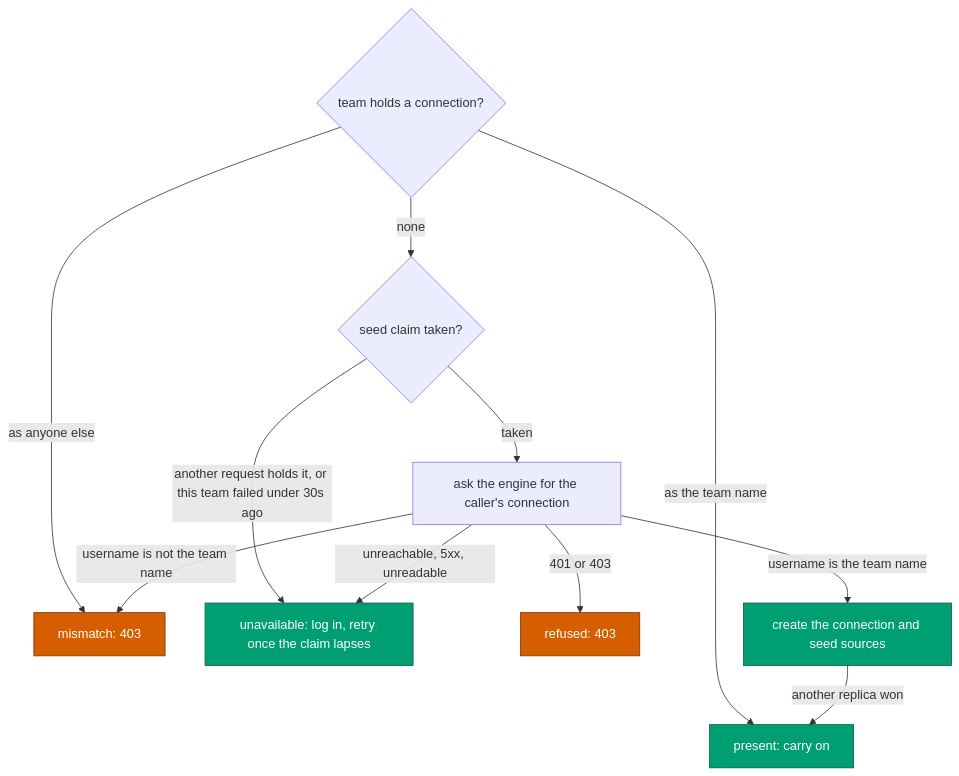
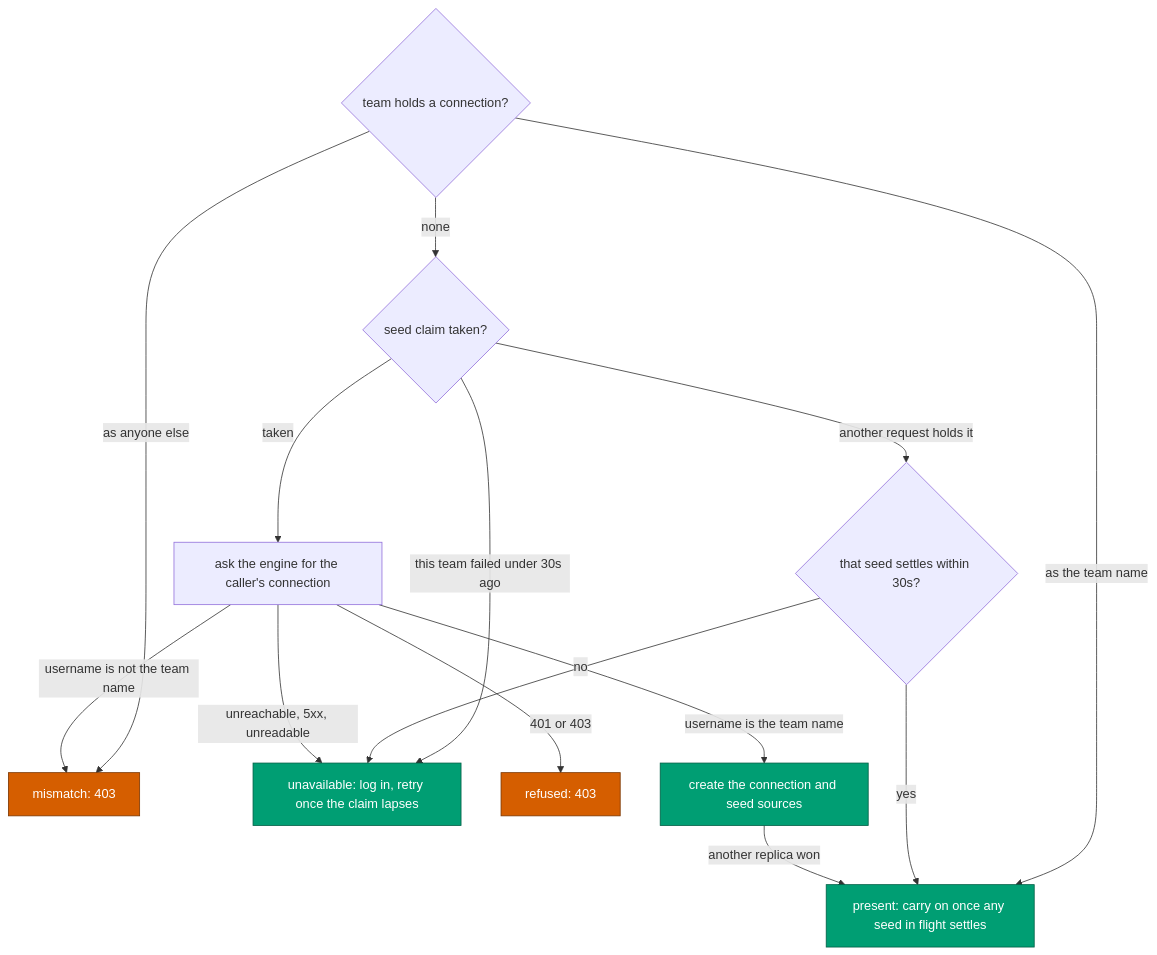
The diagram in docs/architecture/team-identity.md (hyperi-io/dfe-hyperdx), drawn with Mermaid before and after one commit. The commit also changed other lines of this file and 9 other files, not shown here.

First line of the commit message:
fix: wait for an in-flight team seed to settle (#168)

````diff
--- a/docs/architecture/team-identity.md
+++ b/docs/architecture/team-identity.md
@@ -34,19 +34,22 @@
 ```mermaid
 flowchart TB
     held{"team holds a connection?"}
-    held -->|as the team name| present["present: carry on"]
+    held -->|as the team name| present["present: carry on once any seed in flight settles"]
     held -->|as anyone else| mismatch["mismatch: 403"]
     held -->|none| claim{"seed claim taken?"}
-    claim -->|another request holds it, or this team failed under 30s ago| unavailable
+    claim -->|this team failed under 30s ago| unavailable
+    claim -->|another request holds it| wait{"that seed settles within 30s?"}
+    wait -->|yes| present
+    wait -->|no| unavailable
     claim -->|taken| ask["ask the engine for the caller's connection"]
     ask -->|401 or 403| refused["refused: 403"]
     ask -->|unreachable, 5xx, unreadable| unavailable["unavailable: log in, retry once the claim lapses"]
     ask -->|username is not the team name| mismatch
     ask -->|username is the team name| create["create the connection and seed sources"]
     create -->|another replica won| present
 
     classDef bad fill:#D55E00,stroke:#7a3500,color:#ffffff
     classDef ok fill:#009E73,stroke:#005f45,color:#ffffff
     class mismatch,refused bad
     class present,create,unavailable ok
 ```
````
